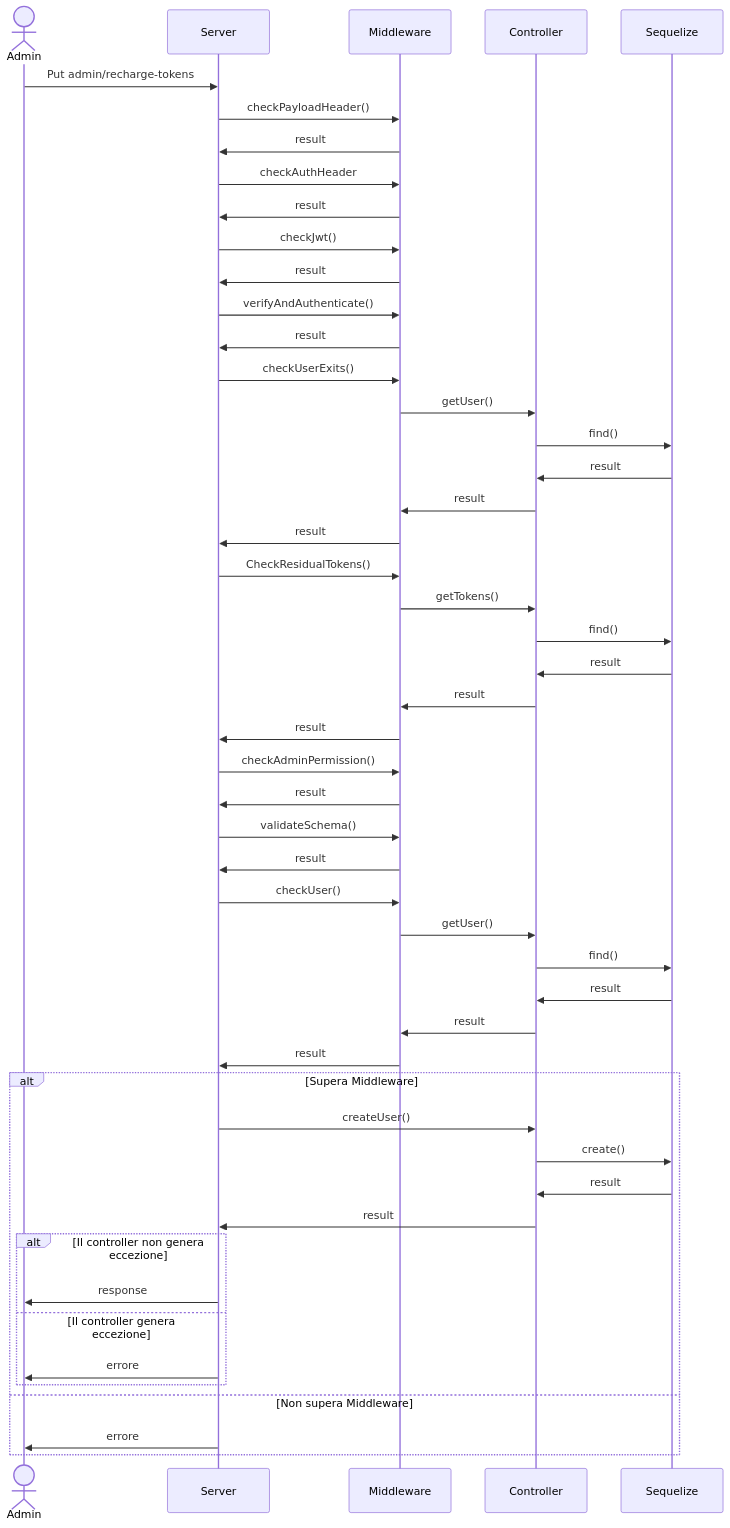
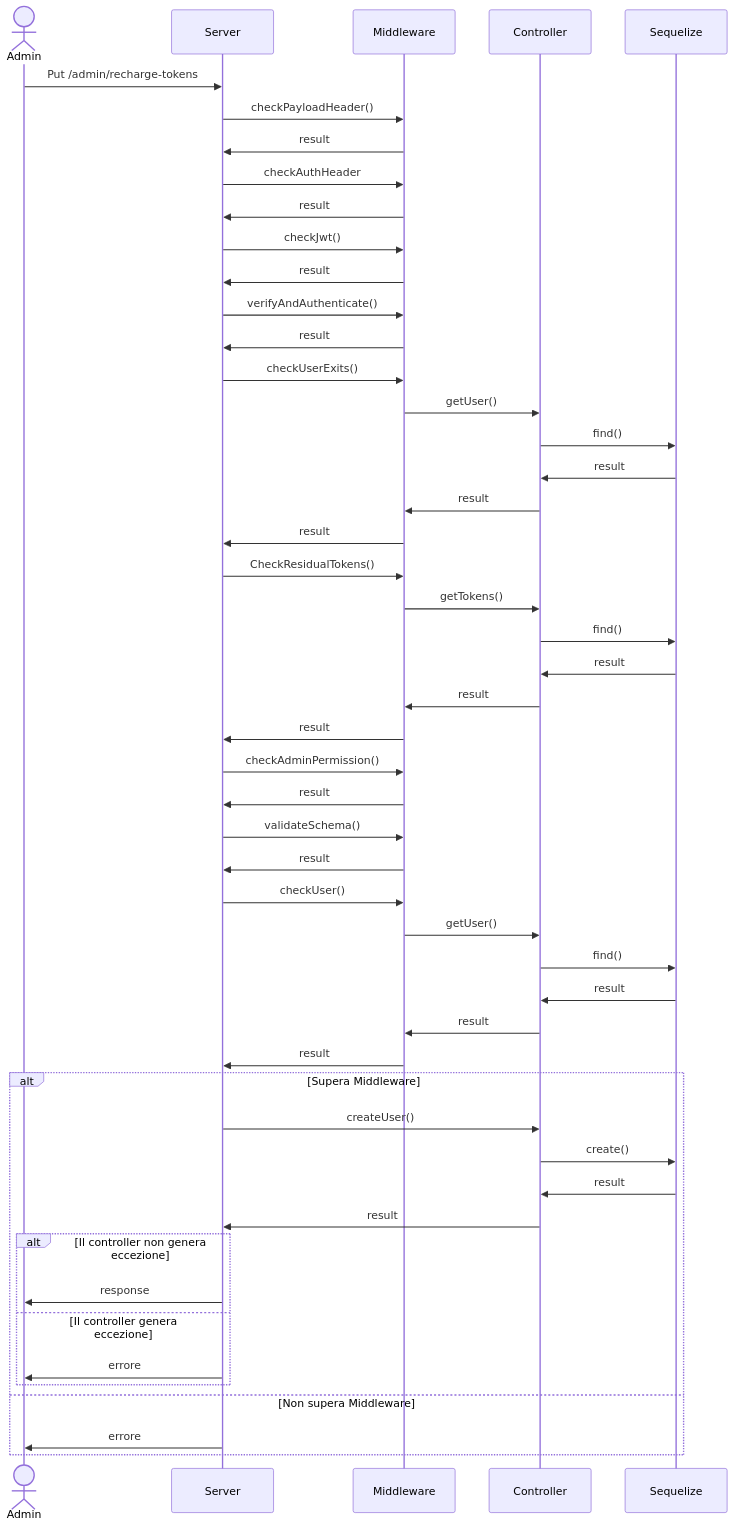
One commit to AgneseBruglia/PA2024 changed the ninth of 11 diagrams in README.md. Above: the diagram before and after it, drawn with Mermaid. The commit also changed other lines of this file, not shown here.

````diff
--- a/README.md
+++ b/README.md
@@ -492,59 +492,59 @@
 ```mermaid
 sequenceDiagram
      actor Admin
 
-    Admin->>Server: Put admin/recharge-tokens
+    Admin->>Server: Put /admin/recharge-tokens
 
     Server->>Middleware: checkPayloadHeader()
     Middleware->>Server: result 
     
     Server->>Middleware: checkAuthHeader
     Middleware->>Server: result
 
     Server->>Middleware: checkJwt()
     Middleware->>Server: result
 
     Server->>Middleware: verifyAndAuthenticate()
     Middleware->>Server: result
 
     Server->>Middleware: checkUserExits()
     Middleware->>Controller: getUser()
     Controller->>Sequelize: find()
     Sequelize->>Controller: result
     Controller->>Middleware: result
     Middleware->>Server: result
 
     Server->>Middleware: CheckResidualTokens()
     Middleware->>Controller: getTokens()
     Controller->>Sequelize: find()
     Sequelize->>Controller: result
     Controller->>Middleware: result
     Middleware->>Server: result
 
     Server->>Middleware: checkAdminPermission()
     Middleware->>Server: result
 
     Server->>Middleware: validateSchema()
     Middleware->>Server: result
 
     Server->>Middleware: checkUser()
     Middleware->>Controller: getUser()
     Controller->>Sequelize: find()
     Sequelize->>Controller: result
     Controller->>Middleware: result
     Middleware->>Server: result
 
     alt Supera Middleware
         Server->>Controller: createUser()
         Controller->>Sequelize: create()
         Sequelize->>Controller: result
         Controller->>Server:result
         alt Il controller non genera eccezione
              Server->>Admin: response
         else Il controller genera eccezione
              Server->>Admin: errore
         end 
     else  Non supera Middleware
         Server->>Admin: errore
     end
 ```
````
